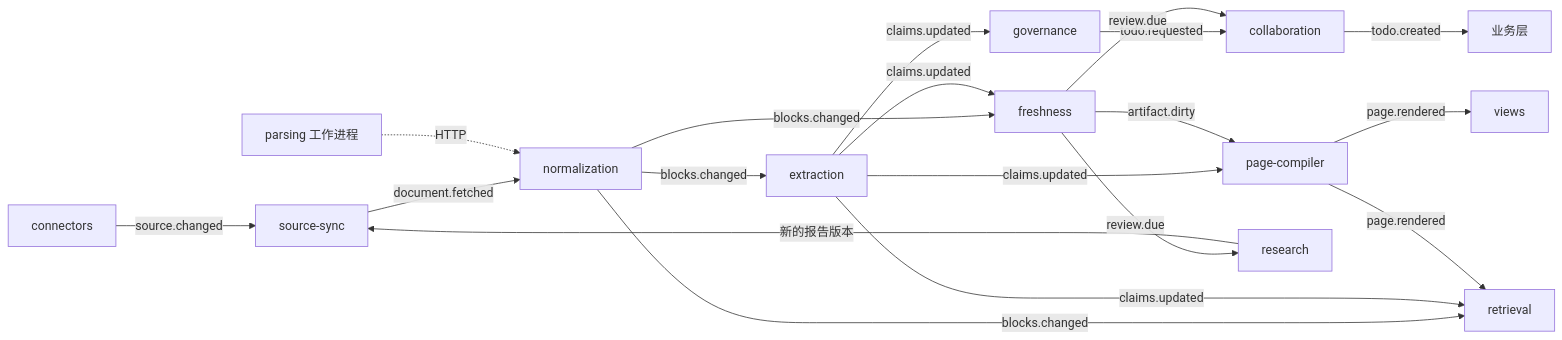
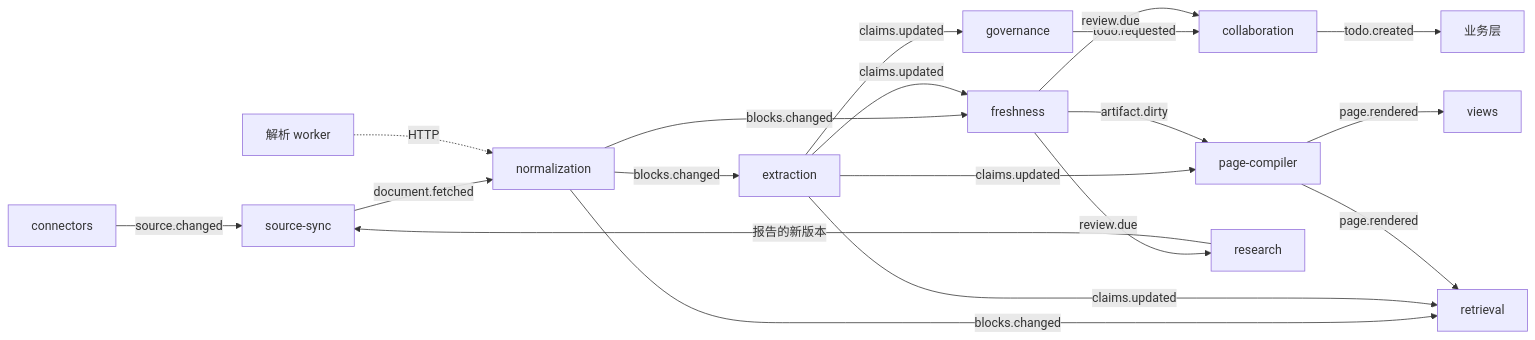
One commit to AngelMsger/Inspiration changed diagram 11 of 16 in docs/zh/overview.md. Above: the diagram before and after it, drawn with Mermaid. The commit also changed other lines of this file and 16 other files, not shown here.

````diff
--- a/docs/zh/overview.md
+++ b/docs/zh/overview.md
@@ -430,21 +639,21 @@
 ```mermaid
 flowchart LR
   C[connectors] -->|source.changed| S[source-sync]
   S -->|document.fetched| N[normalization]
-  P[parsing 工作进程] -.->|HTTP| N
+  P[解析 worker] -.->|HTTP| N
   N -->|blocks.changed| X[extraction]
   N -->|blocks.changed| F[freshness]
   N -->|blocks.changed| R[retrieval]
   X -->|claims.updated| G[governance]
   X -->|claims.updated| F
   X -->|claims.updated| PC[page-compiler]
   X -->|claims.updated| R
   G -->|todo.requested| CO[collaboration]
   F -->|review.due| CO
   F -->|review.due| RS[research]
   F -->|artifact.dirty| PC
   PC -->|page.rendered| R
   PC -->|page.rendered| V[views]
   CO -->|todo.created| B[业务层]
-  RS -->|新的报告版本| S
+  RS -->|报告的新版本| S
 ```
````
